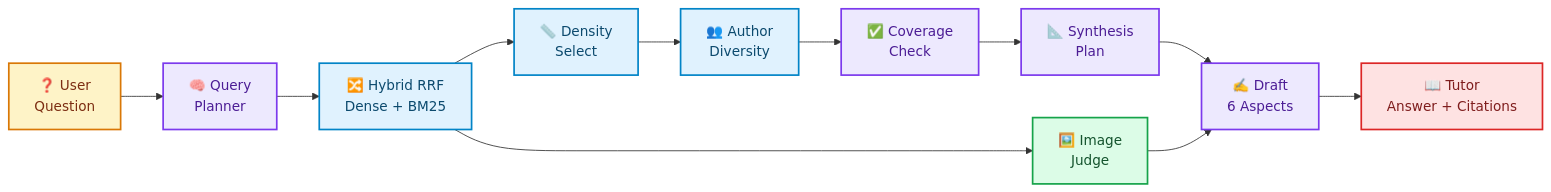
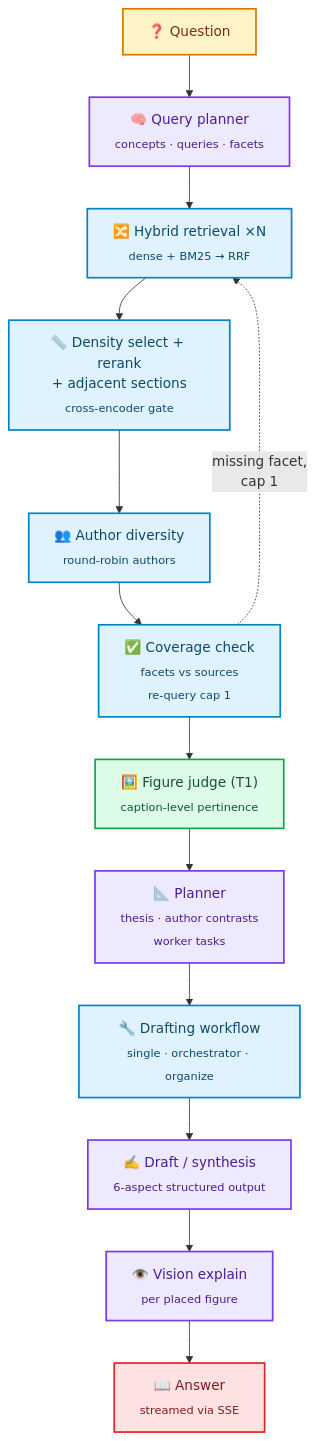
Before and after one commit to IohanFaustino/statrag: the second of 2 diagrams in README.md, drawn with Mermaid. The commit also changed other lines of this file, not shown here.

First line of the commit message:
docs(readme): split project architecture vs tutor pipeline graphs

````diff
--- a/README.md
+++ b/README.md
@@ -21,31 +106,34 @@
 ```mermaid
-flowchart LR
-    accTitle: Deep Tutor Pipeline
-    accDescr: Nine-stage retrieval-and-drafting pipeline producing a six-aspect textbook-grade answer.
+flowchart TD
+    accTitle: Tutor Mode Pipeline
+    accDescr: Vertical chain from user question through query planning, hybrid retrieval, density rerank with adjacent sections, author diversity, coverage check (with re-query loop), figure judge, planner, drafting workflow, draft, vision explain, and answer.
 
-    Q["❓ User<br/>Question"]
-    QP["🧠 Query<br/>Planner"]
-    HR["🔀 Hybrid RRF<br/>Dense + BM25"]
-    DS["📏 Density<br/>Select"]
-    DV["👥 Author<br/>Diversity"]
-    CC["✅ Coverage<br/>Check"]
-    IJ["🖼️ Image<br/>Judge"]
-    SP["📐 Synthesis<br/>Plan"]
-    DR["✍️ Draft<br/>6 Aspects"]
-    OUT["📖 Tutor<br/>Answer + Citations"]
+    Q["❓ Question"]
+    EX["🧠 Query planner<br/><sub>concepts · queries · facets</sub>"]
+    RE["🔀 Hybrid retrieval ×N<br/><sub>dense + BM25 → RRF</sub>"]
+    RR["📏 Density select + rerank<br/>+ adjacent sections<br/><sub>cross-encoder gate</sub>"]
+    DV["👥 Author diversity<br/><sub>round-robin authors</sub>"]
+    CC["✅ Coverage check<br/><sub>facets vs sources<br/>re-query cap 1</sub>"]
+    IJ["🖼️ Figure judge (T1)<br/><sub>caption-level pertinence</sub>"]
+    PL["📐 Planner<br/><sub>thesis · author contrasts<br/>worker tasks</sub>"]
+    WF["🔧 Drafting workflow<br/><sub>single · orchestrator · organize</sub>"]
+    DR["✍️ Draft / synthesis<br/><sub>6-aspect structured output</sub>"]
+    VE["👁️ Vision explain<br/><sub>per placed figure</sub>"]
+    OUT["📖 Answer<br/><sub>streamed via SSE</sub>"]
 
-    Q --> QP --> HR --> DS --> DV --> CC --> SP --> DR --> OUT
-    HR --> IJ --> DR
+    Q --> EX --> RE --> RR --> DV --> CC
+    CC -.->|missing facet,<br/>cap 1| RE
+    CC --> IJ --> PL --> WF --> DR --> VE --> OUT
 
-    classDef inp  fill:#fef3c7,stroke:#d97706,stroke-width:2px,color:#7c2d12
-    classDef ret  fill:#e0f2fe,stroke:#0284c7,stroke-width:2px,color:#0c4a6e
+    classDef io   fill:#fef3c7,stroke:#d97706,stroke-width:2px,color:#7c2d12
     classDef llm  fill:#ede9fe,stroke:#7c3aed,stroke-width:2px,color:#4c1d95
+    classDef data fill:#e0f2fe,stroke:#0284c7,stroke-width:2px,color:#0c4a6e
     classDef img  fill:#dcfce7,stroke:#16a34a,stroke-width:2px,color:#14532d
     classDef done fill:#fee2e2,stroke:#dc2626,stroke-width:2px,color:#7f1d1d
 
-    class Q inp
-    class HR,DS,DV ret
-    class QP,CC,SP,DR llm
+    class Q io
+    class EX,PL,DR,VE llm
+    class RE,RR,DV,CC,WF data
     class IJ img
     class OUT done
 ```
````
